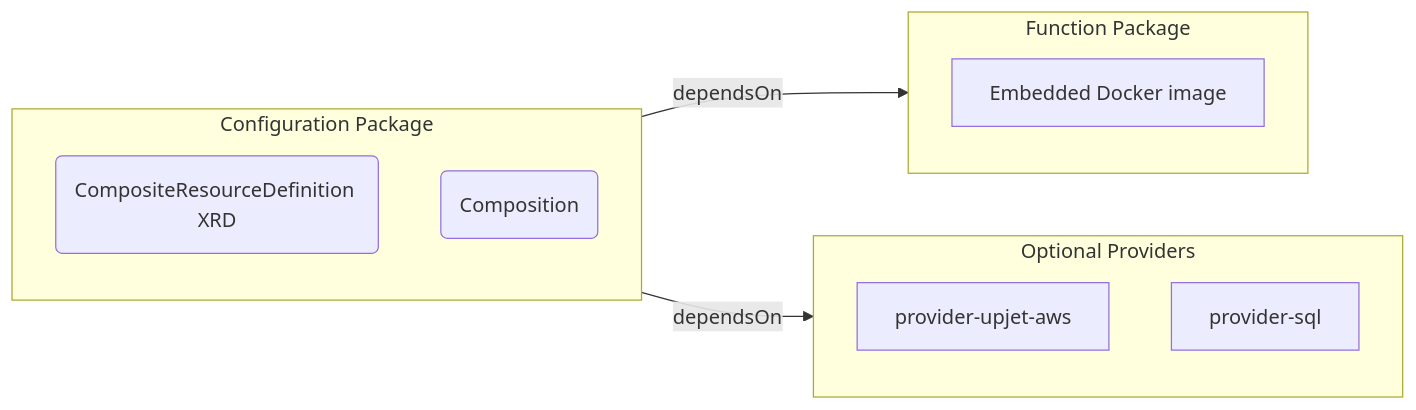
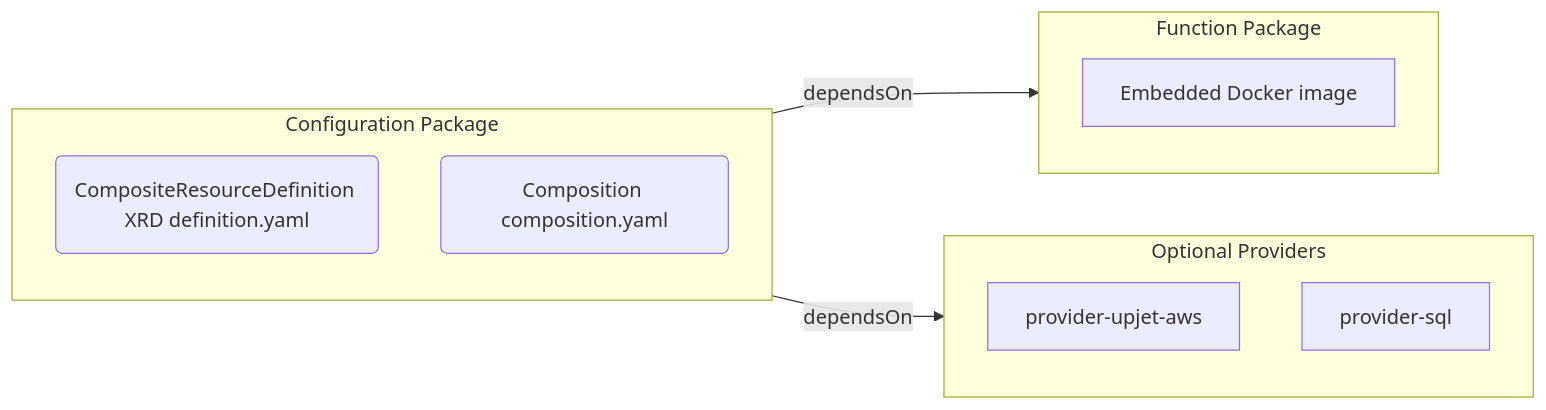
One commit to crossplane/function-template-typescript changed the diagram in README.md. Above: the diagram before and after it, drawn with Mermaid. The commit also changed other lines of this file and 3 other files, not shown here.

````diff
--- a/README.md
+++ b/README.md
@@ -293,16 +303,16 @@
 ```mermaid
 flowchart LR
     subgraph CP [Configuration Package]
-    XRD(CompositeResourceDefinition XRD)
-    C(Composition)
+    XRD(CompositeResourceDefinition XRD definition.yaml)
+    C(Composition composition.yaml)
     end
     CP -->|dependsOn| FP
     subgraph FP [Function Package]
     ED[Embedded Docker image]
     end
     CP -->|dependsOn| Providers
     subgraph Providers [Optional Providers]
     AWS[provider-upjet-aws]
     SQL[provider-sql]
     end
 ```
````
